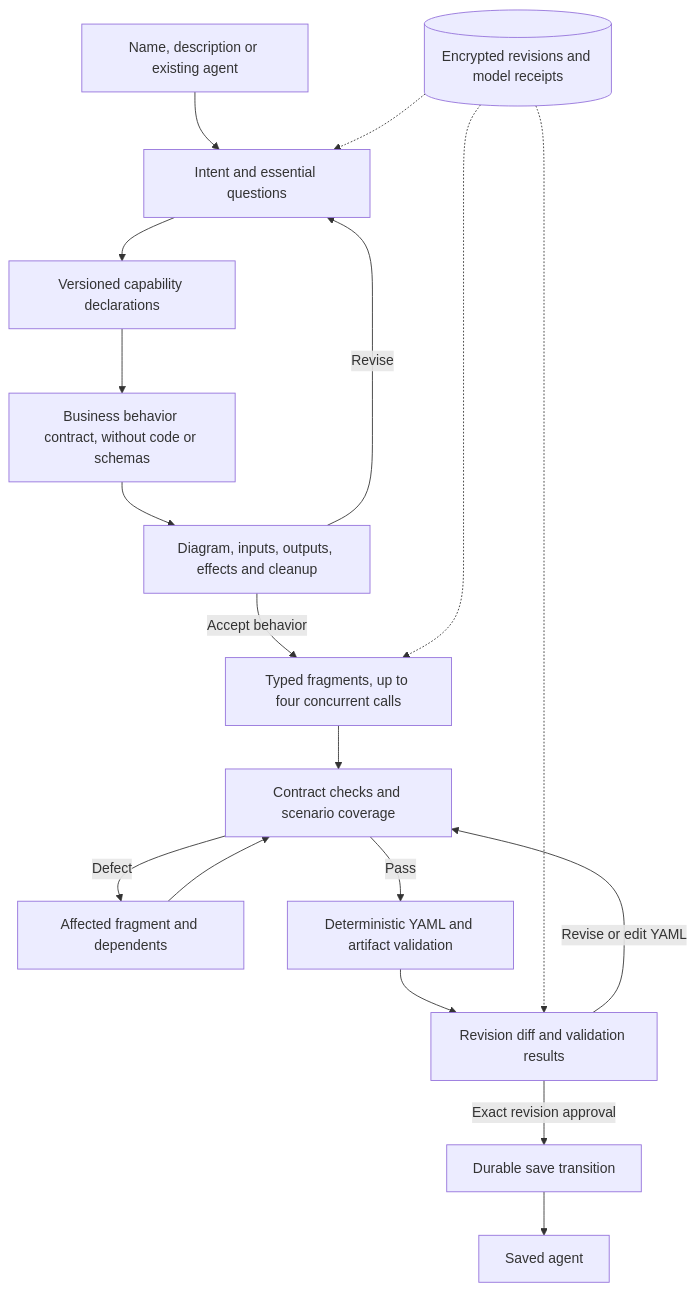
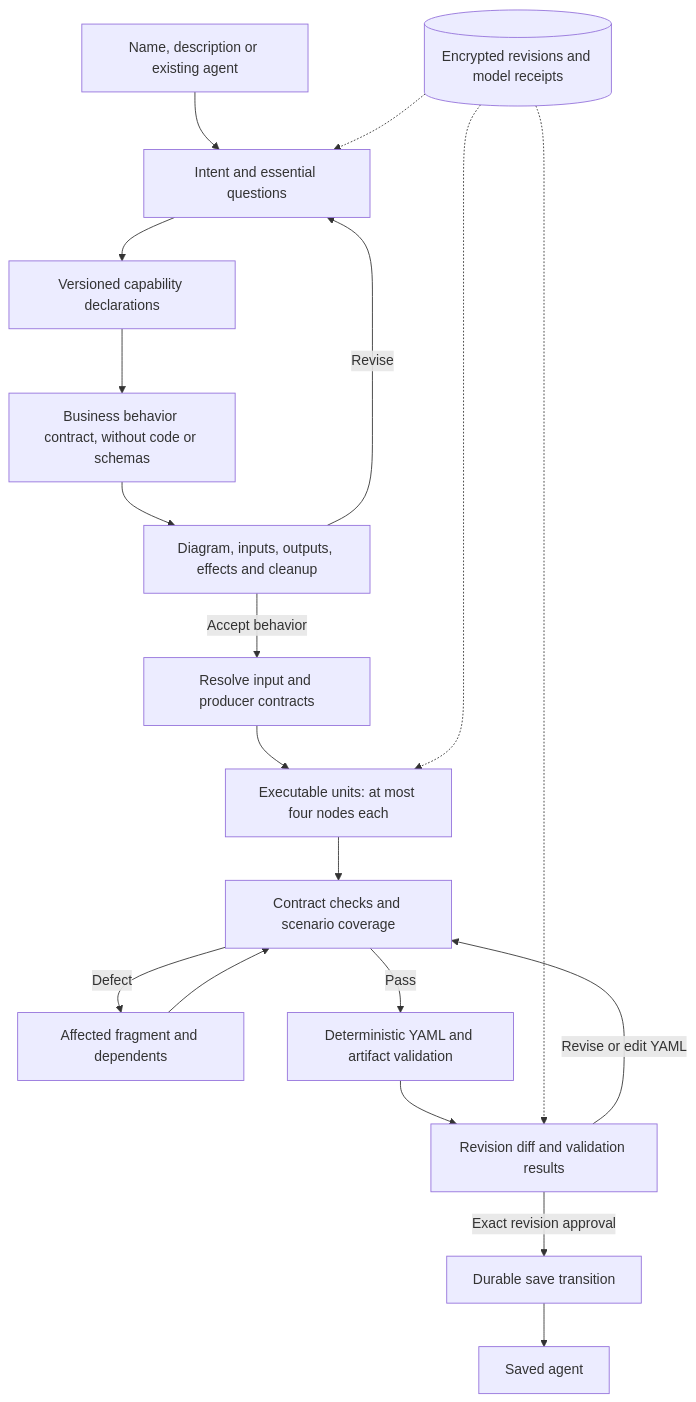
The second of 4 diagrams in docs/workflow-planning-v2.md (GnouGo/GnouGo), drawn with Mermaid before and after one commit. The commit also changed other lines of this file and 45 other files, not shown here.

Commit message:
Stabilize typed planner construction with bounded durable units

````diff
--- a/docs/workflow-planning-v2.md
+++ b/docs/workflow-planning-v2.md
@@ -26,20 +29,21 @@
 ```mermaid
 flowchart TD
   Form[Name, description or existing agent] --> Intent[Intent and essential questions]
   Intent --> Catalog[Versioned capability declarations]
   Catalog --> Behavior[Business behavior contract, without code or schemas]
   Behavior --> Review[Diagram, inputs, outputs, effects and cleanup]
-  Review -->|Accept behavior| Fragments[Typed fragments, up to four concurrent calls]
+  Review -->|Accept behavior| Contracts[Resolve input and producer contracts]
+  Contracts --> Fragments[Executable units: at most four nodes each]
   Review -->|Revise| Intent
   Fragments --> Checks[Contract checks and scenario coverage]
   Checks -->|Defect| Repair[Affected fragment and dependents]
   Repair --> Checks
   Checks -->|Pass| Export[Deterministic YAML and artifact validation]
   Export --> Final[Revision diff and validation results]
   Final -->|Revise or edit YAML| Checks
   Final -->|Exact revision approval| Saving[Durable save transition]
   Saving --> Saved[Saved agent]
   Store[(Encrypted revisions and model receipts)] -.-> Intent
   Store -.-> Fragments
   Store -.-> Final
 ```
````
